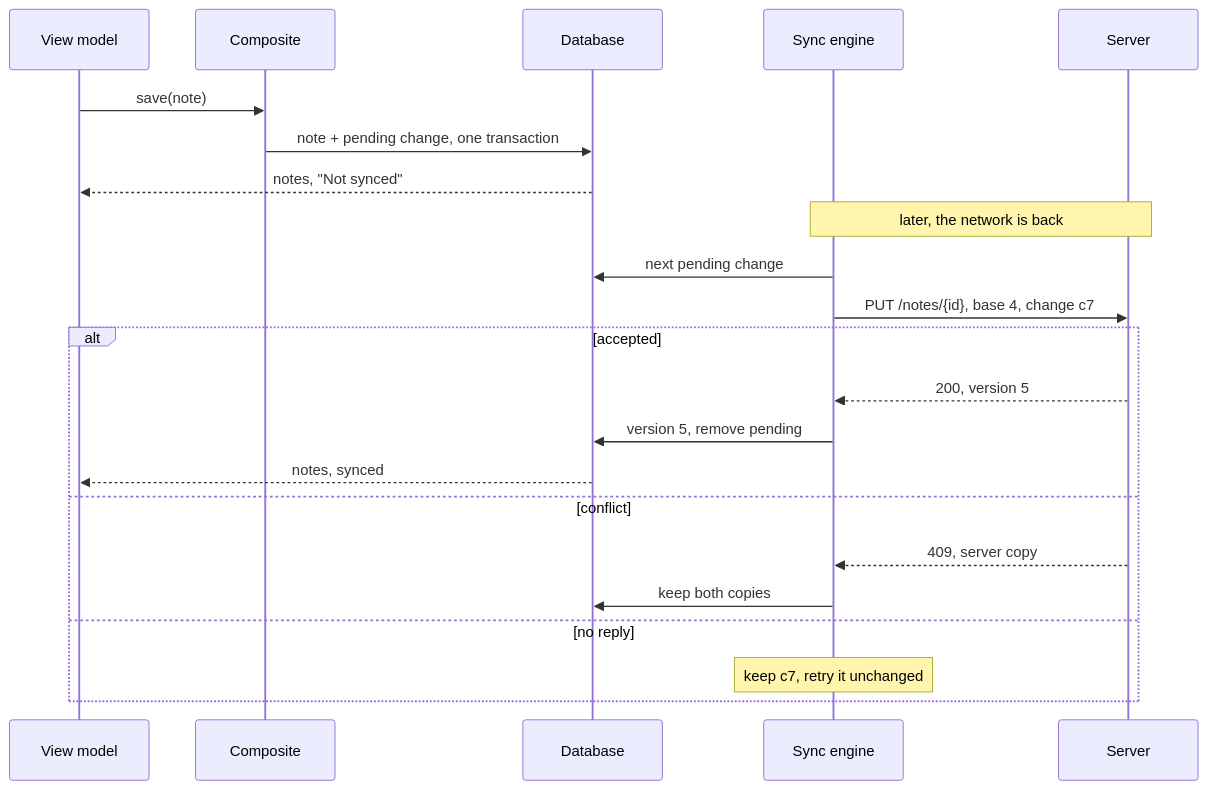
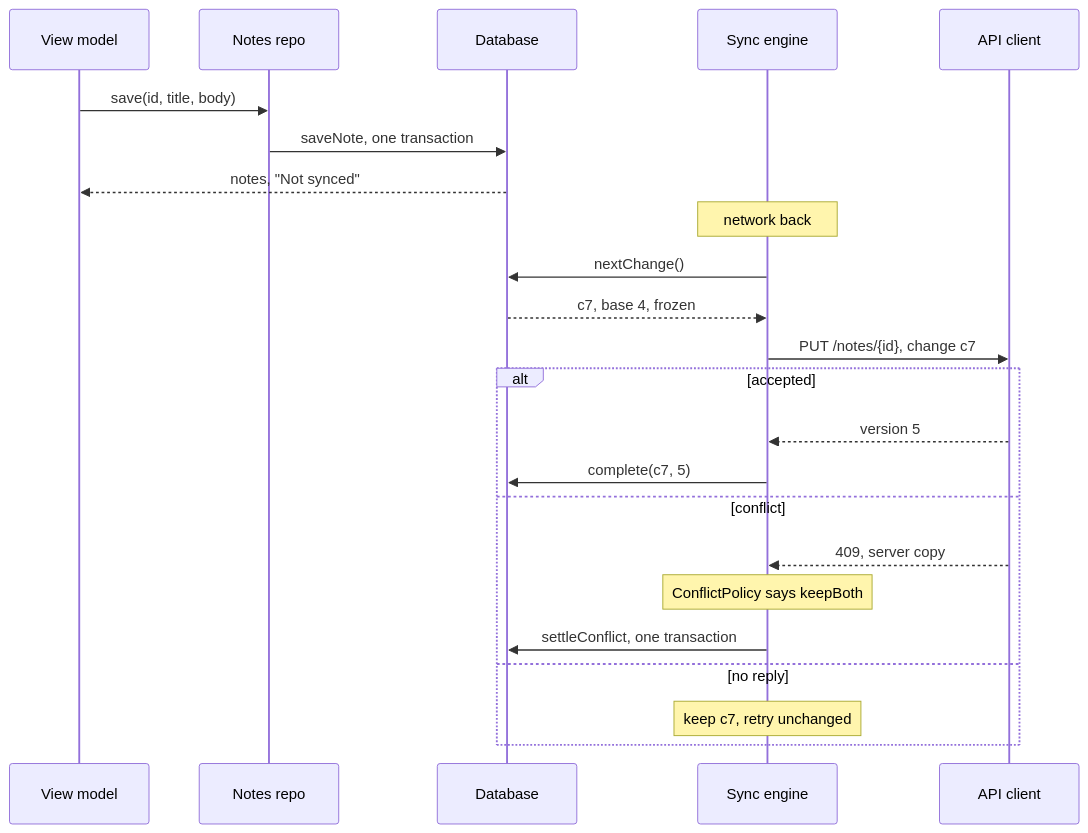
One commit to rezabina86/reference-desk changed the second of 3 diagrams in topics/system-design/04-offline-notes-sync.md. Above: the diagram before and after it, drawn with Mermaid. The commit also changed other lines of this file and 19 other files, not shown here.

````diff
--- a/topics/system-design/04-offline-notes-sync.md
+++ b/topics/system-design/04-offline-notes-sync.md
@@ -381,24 +456,25 @@
 ```mermaid
 sequenceDiagram
   participant VM as View model
-  participant C as Composite
+  participant N as Notes repo
   participant DB as Database
   participant S as Sync engine
-  participant R as Server
-  VM->>C: save(note)
-  C->>DB: note + pending change, one transaction
+  participant A as API client
+  VM->>N: save(id, title, body)
+  N->>DB: saveNote, one transaction
   DB-->>VM: notes, "Not synced"
-  Note over S,R: later, the network is back
-  S->>DB: next pending change
-  S->>R: PUT /notes/{id}, base 4, change c7
+  Note over S: network back
+  S->>DB: nextChange()
+  DB-->>S: c7, base 4, frozen
+  S->>A: PUT /notes/{id}, change c7
   alt accepted
-    R-->>S: 200, version 5
-    S->>DB: version 5, remove pending
-    DB-->>VM: notes, synced
+    A-->>S: version 5
+    S->>DB: complete(c7, 5)
   else conflict
-    R-->>S: 409, server copy
-    S->>DB: keep both copies
+    A-->>S: 409, server copy
+    Note over S: ConflictPolicy says keepBoth
+    S->>DB: settleConflict, one transaction
   else no reply
-    Note over S: keep c7, retry it unchanged
+    Note over S: keep c7, retry unchanged
   end
 ```
````
